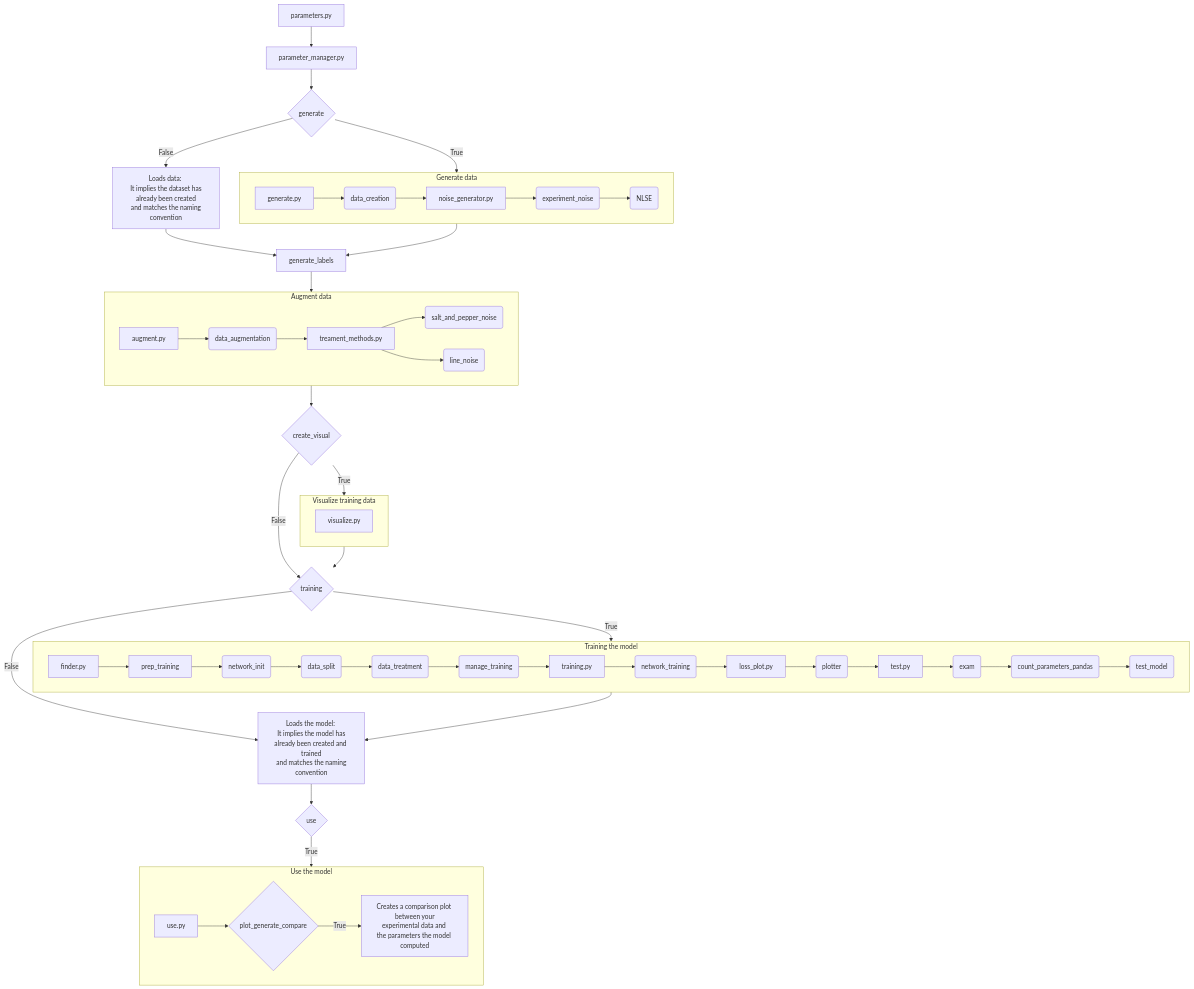
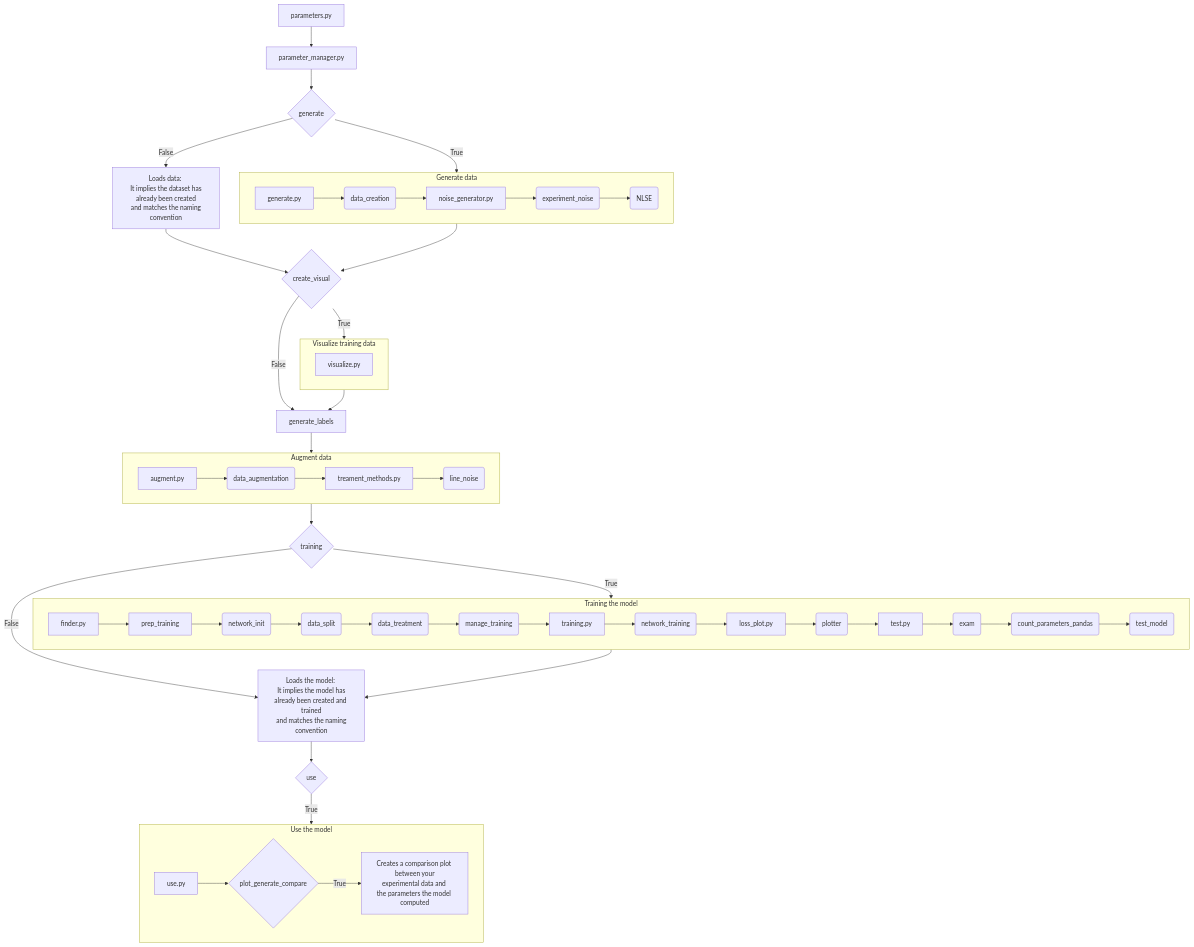
Before and after one commit to Quantum-Optics-LKB/xp2nlse-ml: the fourth of 4 diagrams in README.md, drawn with Mermaid. The commit also changed other lines of this file, not shown here.

````diff
--- a/README.md
+++ b/README.md
@@ -168,65 +167,63 @@
 ```mermaid
 graph TD
     A[parameters.py] --> B[parameter_manager.py]
     B --> C{generate}
     C --> |True| sub1
     C --> |False| D[Loads data: \n It implies the dataset has already been created\n and matches the naming convention]
-    sub1 --> L[generate_labels]
-
+    sub1 --> G{create_visual}
+    D --> G
+    G --> |True| sub5
+    G --> |False| L[generate_labels]
+    sub5 --> L[generate_labels]
     L --> sub2
-    D --> L
-    sub2 --> G{create_visual}
-    G --> |True| sub5
-    G --> |False| E{training}
-    sub5 --> E{training}
+    sub2 --> E{training}
     E --> |True| sub3
     E --> |False| K[Loads the model: \n It implies the model has already been created and trained\n and matches the naming convention]
     K --> F{use}
     F --> |True| sub4
     sub3 --> K
 
     
     subgraph sub1[Generate data]
         C1[generate.py] --> C2(data_creation)
         C2 --> C3[noise_generator.py]
         C3 --> C4(experiment_noise)
         C4 --> C5(NLSE)
         
     end
     subgraph sub2[Augment data]
         F1[augment.py] --> F2(data_augmentation)  
         F2 --> F3[treament_methods.py]
-        F3 --> F4(salt_and_pepper_noise)
         F3 --> F5(line_noise)
 
     end
     
     subgraph sub3[Training the model]
         D1[finder.py]
         D1 --> D2[prep_training]
         D2 --> D3(network_init)
         D3 --> D4(data_split)
         D4 --> D5(data_treatment)
         D5 --> D6(manage_training)
         D6 --> D7[training.py] 
         D7 --> D8(network_training)
         D8 --> D9[loss_plot.py]
         D9 --> D10(plotter)
         D10 --> D11[test.py]
         D11 --> D12(exam)
         D12 --> D13(count_parameters_pandas)
         D13 --> D14(test_model)
 
     end
 
     subgraph sub4[Use the model]
         E1[use.py]
         E1 --> E2{plot_generate_compare}
         E2 --> |True| E3[Creates a comparison plot \n between your experimental data and \nthe parameters the model computed]
 
     end
 
     subgraph sub5[Visualize training data]
         G1[visualize.py]
     end
 ```
````
